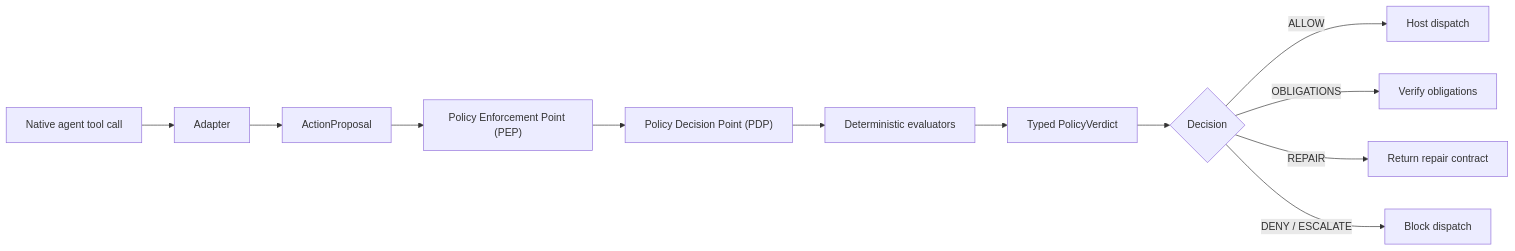
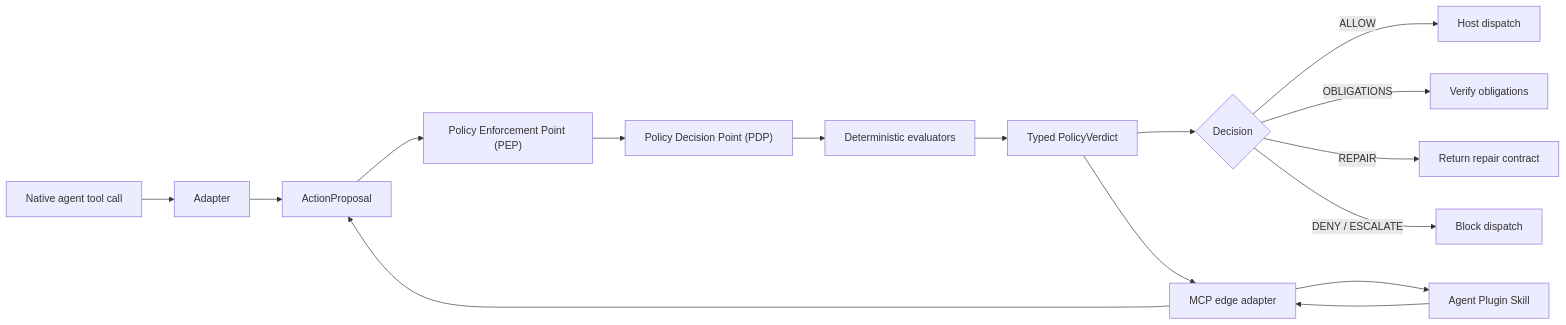
The diagram in docs/architecture.md (YXZYSME/archmage), drawn with Mermaid before and after one commit. The commit also changed other lines of this file and 31 other files, not shown here.

First line of the commit message:
feat: ship portable Agent Plugin distribution

````diff
--- a/docs/architecture.md
+++ b/docs/architecture.md
@@ -6,14 +6,18 @@
 ```mermaid
 flowchart LR
     A["Native agent tool call"] --> B["Adapter"]
     B --> C["ActionProposal"]
     C --> D["Policy Enforcement Point (PEP)"]
     D --> E["Policy Decision Point (PDP)"]
     E --> F["Deterministic evaluators"]
     F --> G["Typed PolicyVerdict"]
     G --> H{"Decision"}
     H -->|ALLOW| I["Host dispatch"]
     H -->|OBLIGATIONS| J["Verify obligations"]
     H -->|REPAIR| K["Return repair contract"]
     H -->|DENY / ESCALATE| L["Block dispatch"]
+    M["Agent Plugin Skill"] --> N["MCP edge adapter"]
+    N --> C
+    G --> N
+    N --> M
 ```
````
